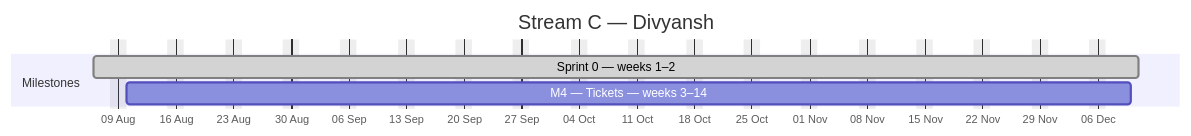
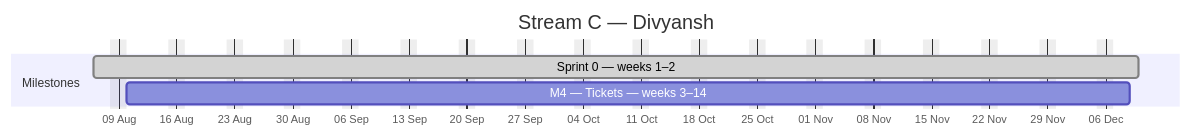
Before and after one commit to debashisedunext/EduTrack: the third of 4 diagrams in docs/plan/GANTT.md, drawn with Mermaid. The commit also changed other lines of this file and 2 other files, not shown here.

````diff
--- a/docs/plan/GANTT.md
+++ b/docs/plan/GANTT.md
@@ -158,10 +157,10 @@
 ```mermaid
 gantt
     dateFormat YYYY-MM-DD
     axisFormat %d %b
     title Stream C — Divyansh
     excludes weekends
     section Milestones
-    Sprint 0 — weeks 1–2 :done, c0, 2026-08-06, 91d
-    M4 — Tickets — weeks 3–14 :c1, 2026-08-10, 88d
+    Sprint 0 — weeks 1–2 :done, c0, 2026-08-06, 90d
+    M4 — Tickets — weeks 3–14 :c1, 2026-08-10, 87d
 ```
````
